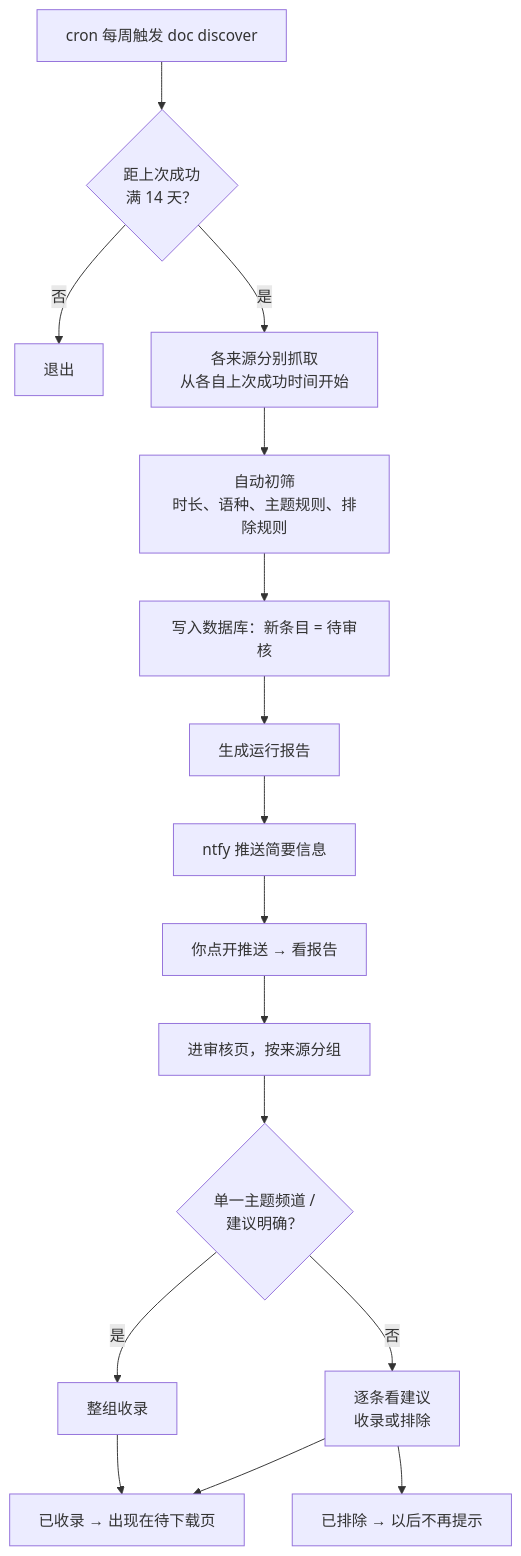
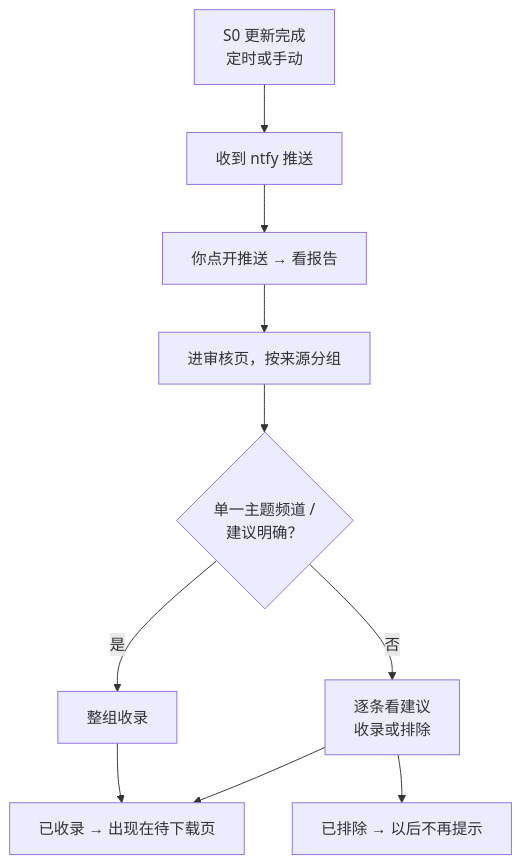
Before and after one commit to hfeng-9527/Documentary: the fifth of 11 diagrams in docs/scenarios.md, drawn with Mermaid. The commit also changed other lines of this file and 2 other files, not shown here.

````diff
--- a/docs/scenarios.md
+++ b/docs/scenarios.md
@@ -98,18 +141,12 @@
 ```mermaid
 flowchart TD
-    A["cron 每周触发 doc discover"] --> B{"距上次成功<br/>满 14 天？"}
-    B -->|否| Z["退出"]
-    B -->|是| C["各来源分别抓取<br/>从各自上次成功时间开始"]
-    C --> D["自动初筛<br/>时长、语种、主题规则、排除规则"]
-    D --> E["写入数据库：新条目 = 待审核"]
-    E --> F["生成运行报告"]
-    F --> G["ntfy 推送简要信息"]
+    A["S0 更新完成<br/>定时或手动"] --> G["收到 ntfy 推送"]
     G --> H["你点开推送 → 看报告"]
     H --> I["进审核页，按来源分组"]
     I --> J{"单一主题频道 /<br/>建议明确？"}
     J -->|是| K["整组收录"]
     J -->|否| L["逐条看建议<br/>收录或排除"]
     K --> M["已收录 → 出现在待下载页"]
     L --> M
     L --> N["已排除 → 以后不再提示"]
 ```
````
